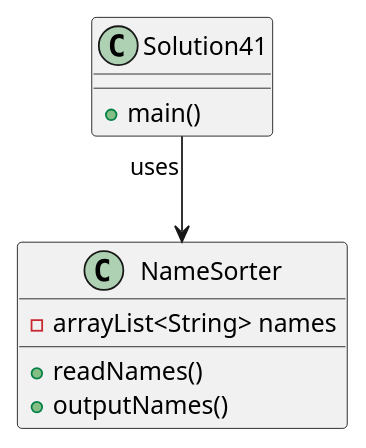
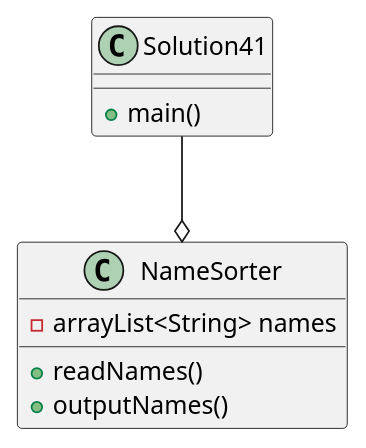
The diagram in exercise41/AppDiagram.puml (BronRed/Reed-a04), drawn with PlantUML before and after one commit. The commit also changed 1 other file, not shown here.

Commit message:
updated diagrams

```diff
--- a/exercise41/AppDiagram.puml
+++ b/exercise41/AppDiagram.puml
@@ -5,15 +5,15 @@
 @startuml
 
 class Solution41 {
 +main()
 }
 
 class NameSorter {
 -arrayList<String> names
 
 +readNames()
 +outputNames()
 }
 
-Solution41 "uses" --> NameSorter
+Solution41 --o NameSorter
 @enduml
```
